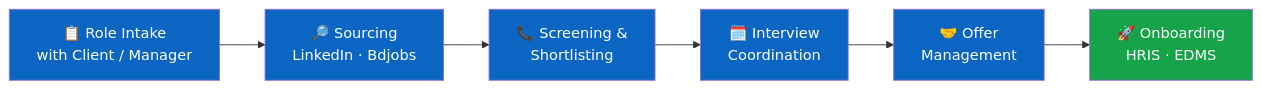
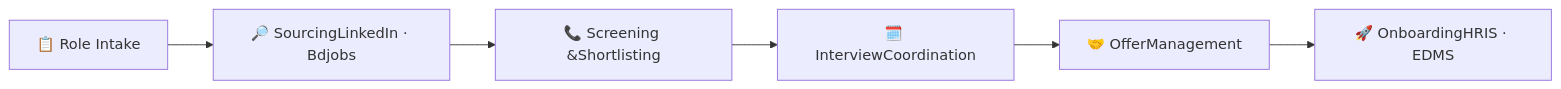
The first of 2 diagrams in README.md (ZahiD-UniX/ZahiD-UniX), drawn with Mermaid before and after one commit. The commit also changed other lines of this file, not shown here.

````diff
--- a/README.md
+++ b/README.md
@@ -109,14 +59,9 @@
 ```mermaid
 flowchart LR
-    A[📋 Role Intake<br/>with Client / Manager] --> B[🔎 Sourcing<br/>LinkedIn · Bdjobs]
-    B --> C[📞 Screening &<br/>Shortlisting]
-    C --> D[🗓️ Interview<br/>Coordination]
-    D --> E[🤝 Offer<br/>Management]
-    E --> F[🚀 Onboarding<br/>HRIS · EDMS]
-    style A fill:#0A66C2,color:#fff
-    style B fill:#0A66C2,color:#fff
-    style C fill:#0A66C2,color:#fff
-    style D fill:#0A66C2,color:#fff
-    style E fill:#0A66C2,color:#fff
-    style F fill:#16a34a,color:#fff
+    A[📋 Role Intake] --> B[🔎 SourcingLinkedIn · Bdjobs]
+    B --> C[📞 Screening &Shortlisting]
+    C --> D[🗓️ InterviewCoordination]
+    D --> E[🤝 OfferManagement]
+    E --> F[🚀 OnboardingHRIS · EDMS]
+  
 ```
````
